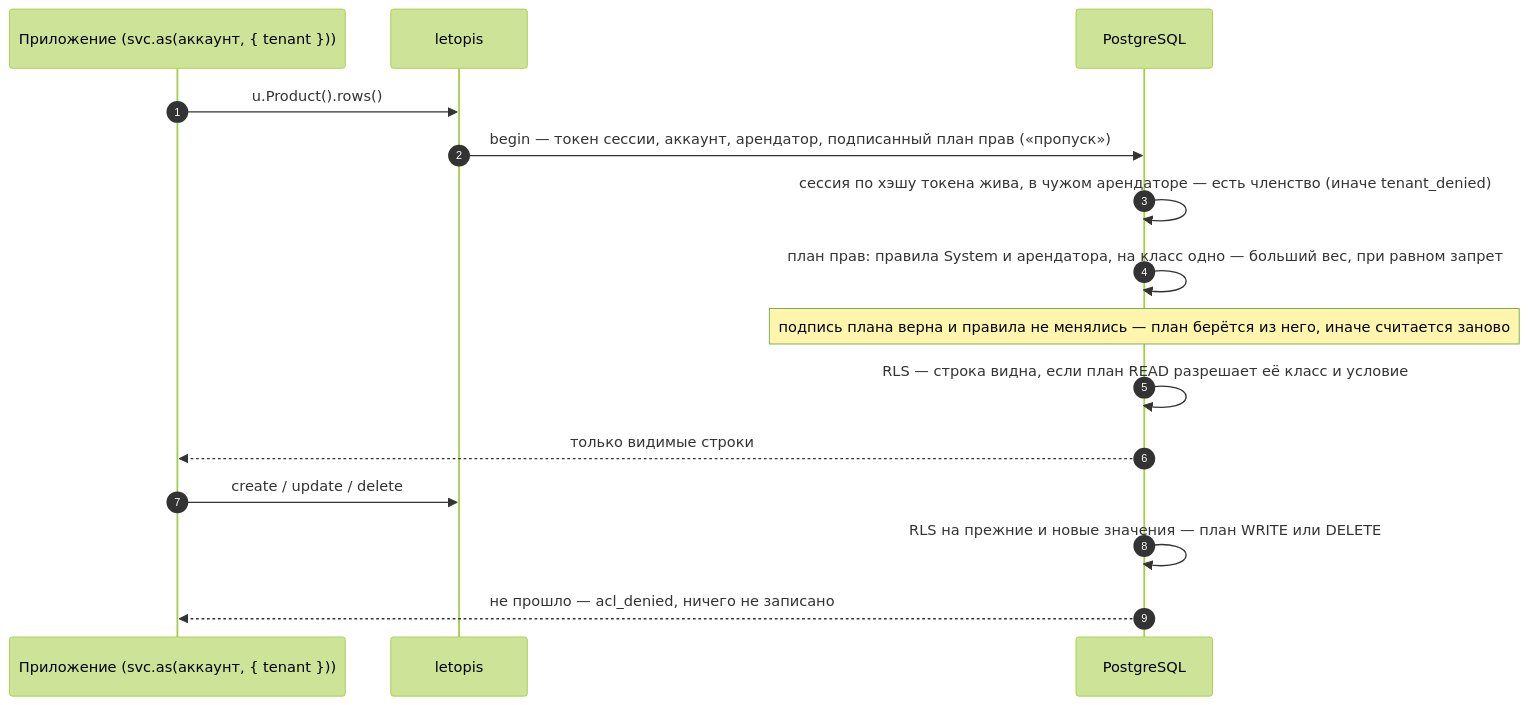
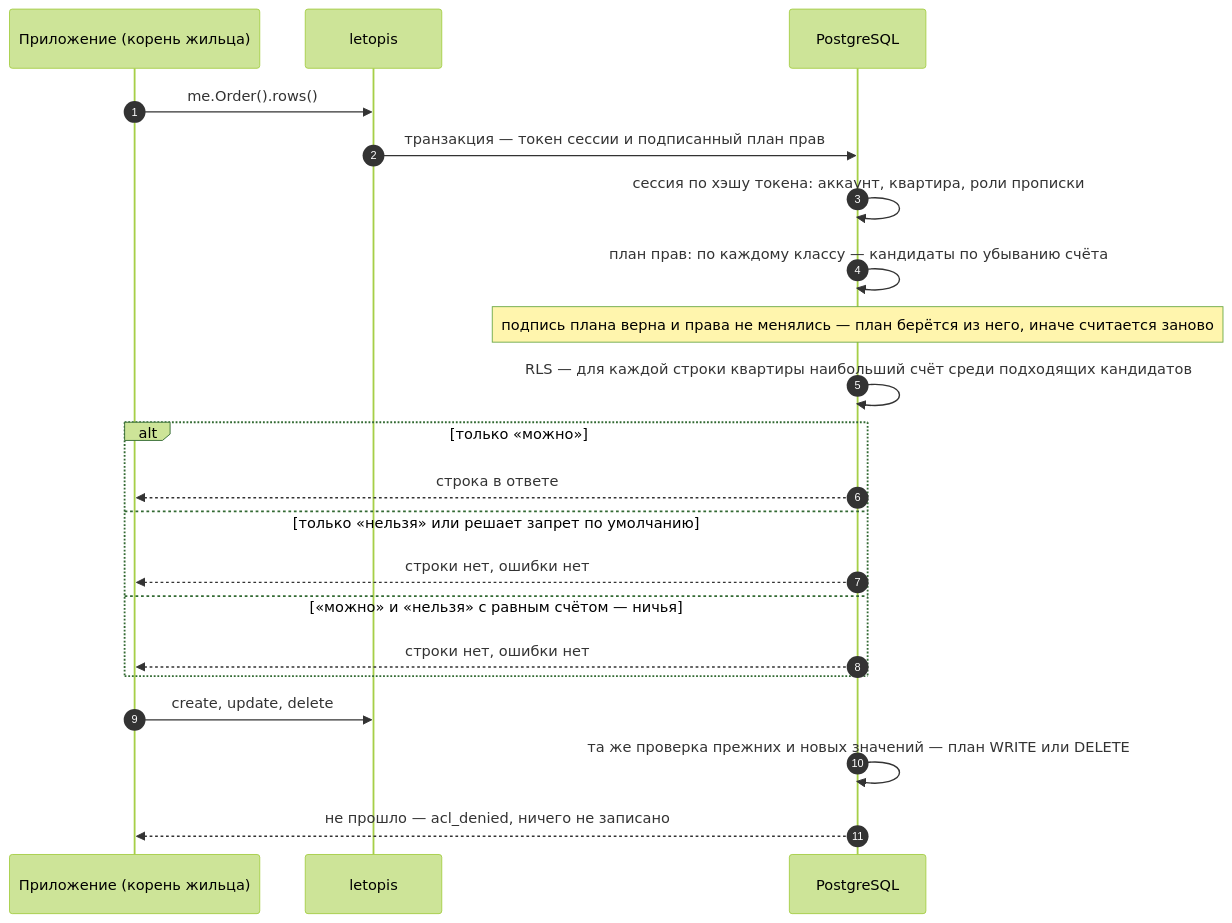
Before and after one commit to alepri51/letopis: the diagram in guide/pages/access/index.md, drawn with Mermaid (forest theme). The commit also changed other lines of this file and 86 other files, not shown here.

````diff
--- a/guide/pages/access/index.md
+++ b/guide/pages/access/index.md
@@ -81,17 +397,23 @@
 ```mermaid
 sequenceDiagram
   autonumber
-  participant App as Приложение (svc.as(аккаунт, { tenant }))
+  participant App as Приложение (корень жильца)
   participant Lib as letopis
   participant DB as PostgreSQL
-  App->>Lib: u.Product().rows()
-  Lib->>DB: begin — токен сессии, аккаунт, арендатор, подписанный план прав («пропуск»)
-  DB->>DB: сессия по хэшу токена жива, в чужом арендаторе — есть членство (иначе tenant_denied)
-  DB->>DB: план прав: правила System и арендатора, на класс одно — больший вес, при равном запрет
-  Note over DB: подпись плана верна и правила не менялись — план берётся из него, иначе считается заново
-  DB->>DB: RLS — строка видна, если план READ разрешает её класс и условие
-  DB-->>App: только видимые строки
-  App->>Lib: create / update / delete
-  DB->>DB: RLS на прежние и новые значения — план WRITE или DELETE
+  App->>Lib: me.Order().rows()
+  Lib->>DB: транзакция — токен сессии и подписанный план прав
+  DB->>DB: сессия по хэшу токена: аккаунт, квартира, роли прописки
+  DB->>DB: план прав: по каждому классу — кандидаты по убыванию счёта
+  Note over DB: подпись плана верна и права не менялись — план берётся из него, иначе считается заново
+  DB->>DB: RLS — для каждой строки квартиры наибольший счёт среди подходящих кандидатов
+  alt только «можно»
+    DB-->>App: строка в ответе
+  else только «нельзя» или решает запрет по умолчанию
+    DB-->>App: строки нет, ошибки нет
+  else «можно» и «нельзя» с равным счётом — ничья
+    DB-->>App: строки нет, ошибки нет
+  end
+  App->>Lib: create, update, delete
+  DB->>DB: та же проверка прежних и новых значений — план WRITE или DELETE
   DB-->>App: не прошло — acl_denied, ничего не записано
 ```
````
